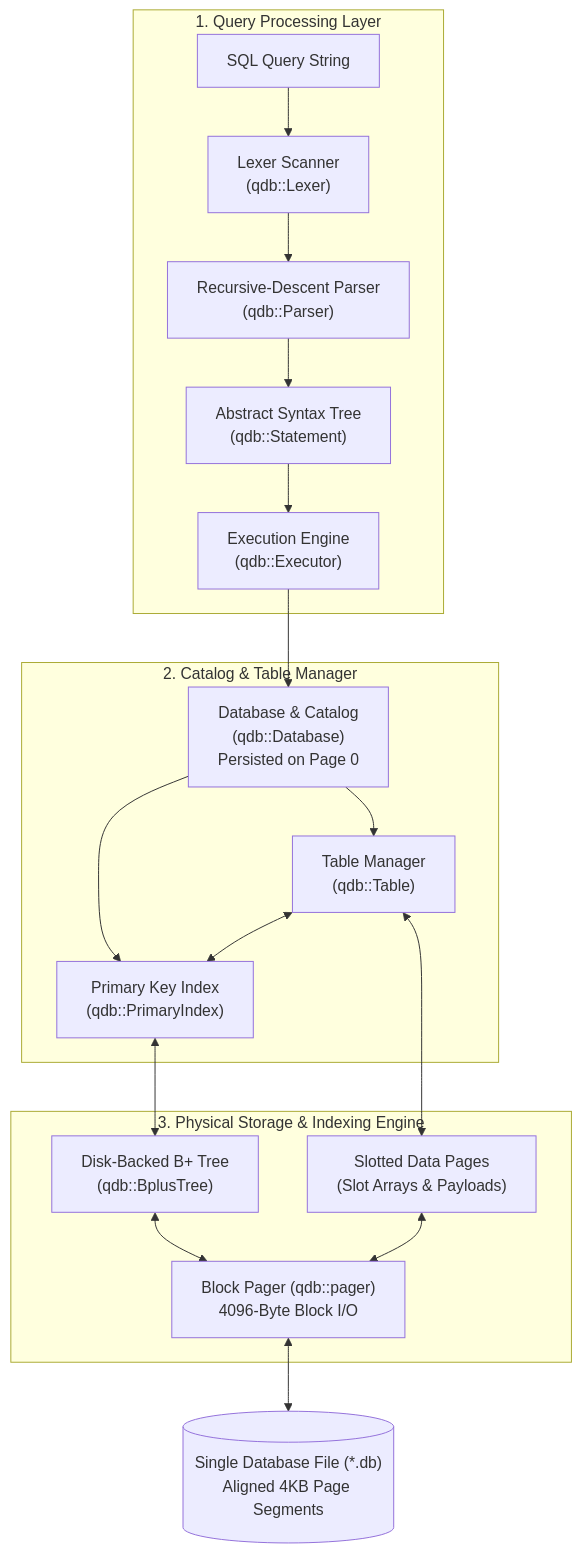
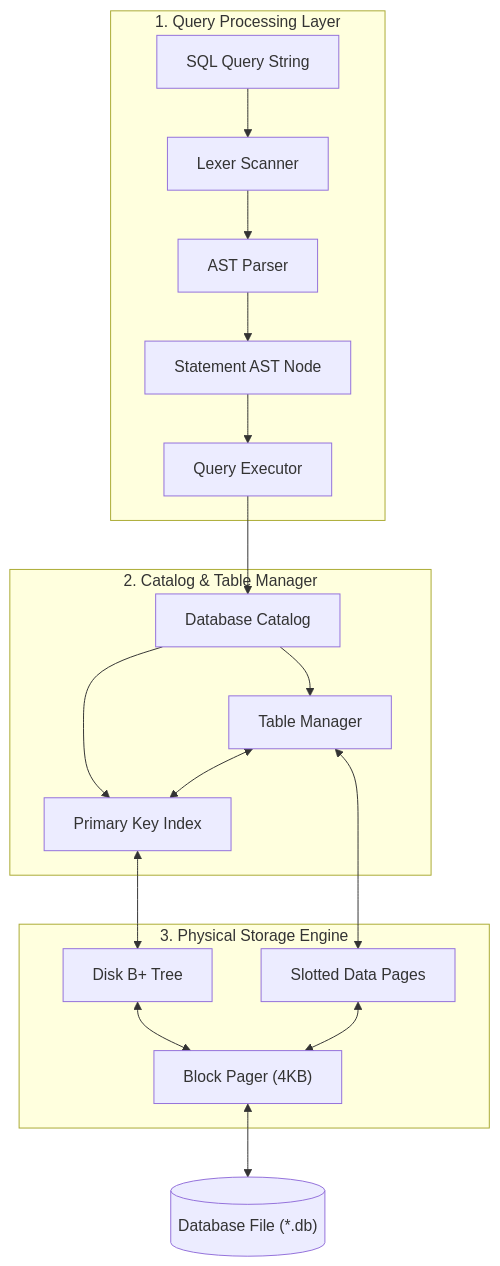
The diagram in docs/guide/what-is-quartz.md (KAAZamapiloT/QUARTZ_DB), drawn with Mermaid before and after one commit. The commit also changed 27 other files, not shown here.

````diff
--- a/docs/guide/what-is-quartz.md
+++ b/docs/guide/what-is-quartz.md
@@ -15,25 +15,25 @@
 ```mermaid
 graph TB
     subgraph Frontend ["1. Query Processing Layer"]
-        SQL["SQL Query String"] --> Lexer["Lexer Scanner<br>(qdb::Lexer)"]
-        Lexer --> Parser["Recursive-Descent Parser<br>(qdb::Parser)"]
-        Parser --> AST["Abstract Syntax Tree<br>(qdb::Statement)"]
-        AST --> Executor["Execution Engine<br>(qdb::Executor)"]
+        SQL["SQL Query String"] --> Lexer["Lexer Scanner"]
+        Lexer --> Parser["AST Parser"]
+        Parser --> AST["Statement AST Node"]
+        AST --> Executor["Query Executor"]
     end
     
     subgraph CatalogLayer ["2. Catalog & Table Manager"]
-        Executor --> Database["Database & Catalog<br>(qdb::Database)<br>Persisted on Page 0"]
-        Database --> Table["Table Manager<br>(qdb::Table)"]
-        Database --> PrimaryIndex["Primary Key Index<br>(qdb::PrimaryIndex)"]
+        Executor --> Database["Database Catalog"]
+        Database --> Table["Table Manager"]
+        Database --> PrimaryIndex["Primary Key Index"]
         Table <--> PrimaryIndex
     end
 
-    subgraph StorageSubsystem ["3. Physical Storage & Indexing Engine"]
-        PrimaryIndex <--> BPlusTree["Disk-Backed B+ Tree<br>(qdb::BplusTree)"]
-        Table <--> Record["Slotted Data Pages<br>(Slot Arrays & Payloads)"]
-        BPlusTree <--> Pager["Block Pager (qdb::pager)<br>4096-Byte Block I/O"]
+    subgraph StorageSubsystem ["3. Physical Storage Engine"]
+        PrimaryIndex <--> BPlusTree["Disk B+ Tree"]
+        Table <--> Record["Slotted Data Pages"]
+        BPlusTree <--> Pager["Block Pager (4KB)"]
         Record <--> Pager
     end
 
-    Pager <--> Disk[("Single Database File (*.db)<br>Aligned 4KB Page Segments")]
+    Pager <--> Disk[("Database File (*.db)")]
 ```
````
